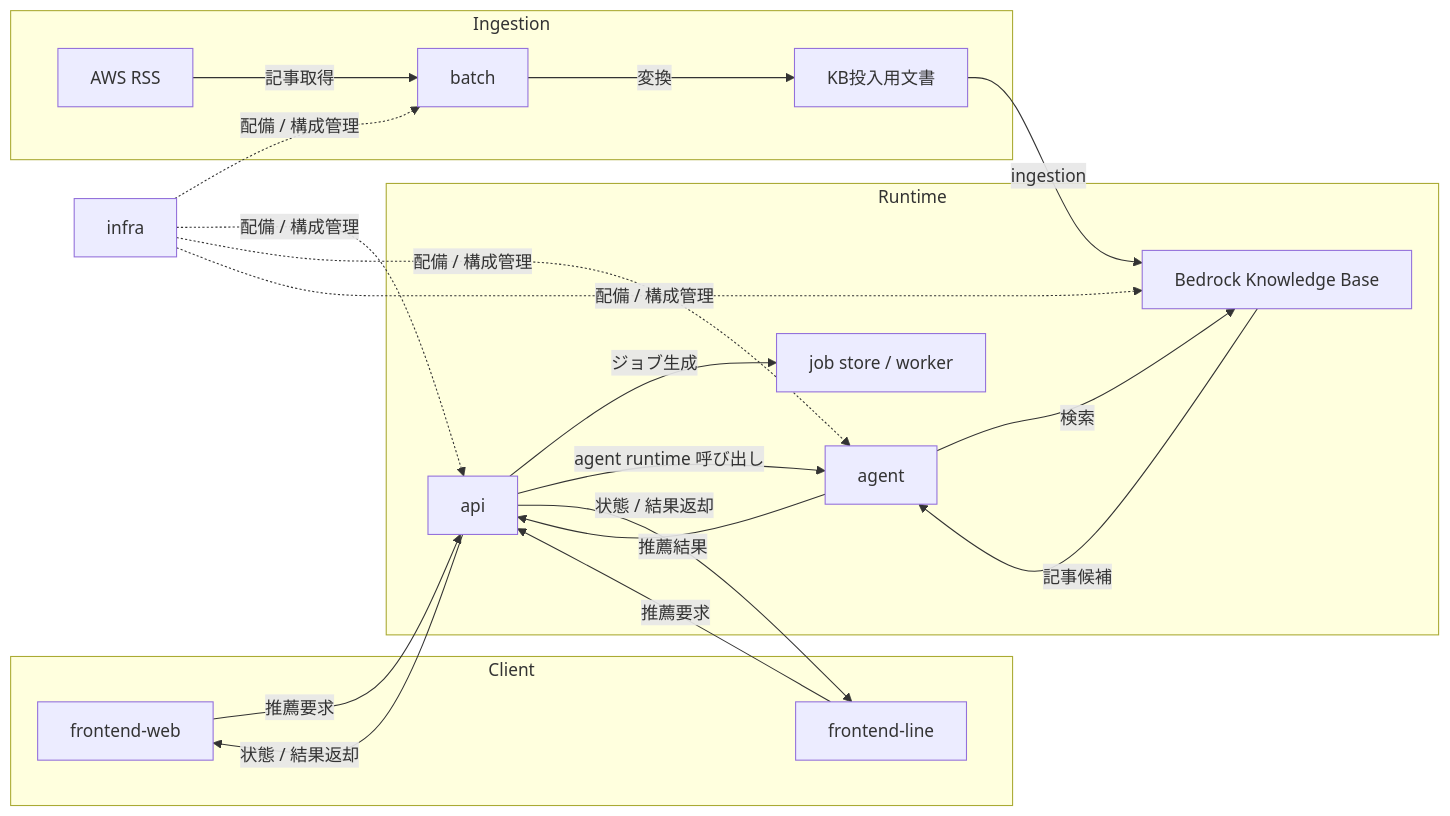
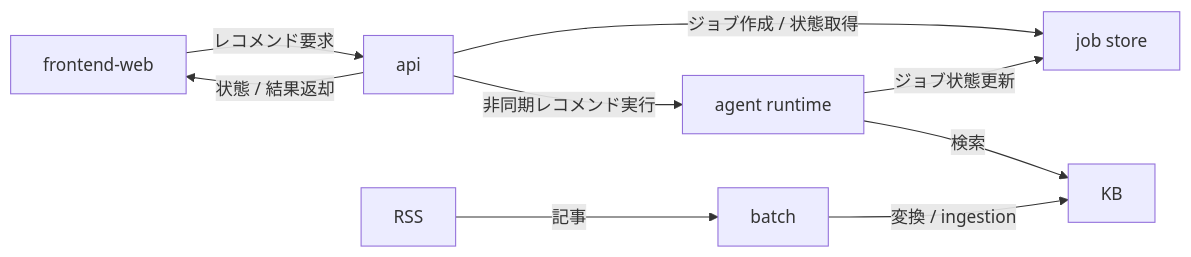
One commit to ttsham6/tech-article-recommender changed the diagram in AGENTS.md. Above: the diagram before and after it, drawn with Mermaid.

Commit message:
フロー更新

````diff
--- a/AGENTS.md
+++ b/AGENTS.md
@@ -22,41 +22,12 @@
 ```mermaid
 flowchart LR
-    subgraph Client
-        FW["frontend-web"]
-        FL["frontend-line"]
-    end
+    FW["frontend-web"] -->|レコメンド要求| API["api"]
+    API -->|ジョブ作成 / 状態取得| JS["job store"]
+    API -->|非同期レコメンド実行| AG["agent runtime"]
+    AG -->|検索| KB
+    AG -->|ジョブ状態更新| JS
+    API -->|状態 / 結果返却| FW
 
-    subgraph Runtime
-        API["api"]
-        AG["agent"]
-        KB["Bedrock Knowledge Base"]
-        JOB["job store / worker"]
-    end
-
-    subgraph Ingestion
-        RSS["AWS RSS"]
-        BA["batch"]
-        DOC["KB投入用文書"]
-    end
-
-    INF["infra"]
-
-    FW -->|推薦要求| API
-    FL -->|推薦要求| API
-    API -->|ジョブ生成| JOB
-    API -->|agent runtime 呼び出し| AG
-    AG -->|検索| KB
-    KB -->|記事候補| AG
-    AG -->|推薦結果| API
-    API -->|状態 / 結果返却| FW
-    API -->|状態 / 結果返却| FL
-
-    RSS -->|記事取得| BA
-    BA -->|変換| DOC
-    DOC -->|ingestion| KB
-
-    INF -.配備 / 構成管理.-> API
-    INF -.配備 / 構成管理.-> AG
-    INF -.配備 / 構成管理.-> BA
-    INF -.配備 / 構成管理.-> KB
+    RSS["RSS"] -->|記事| BA["batch"]
+    BA -->|変換 / ingestion| KB
 ```
````
